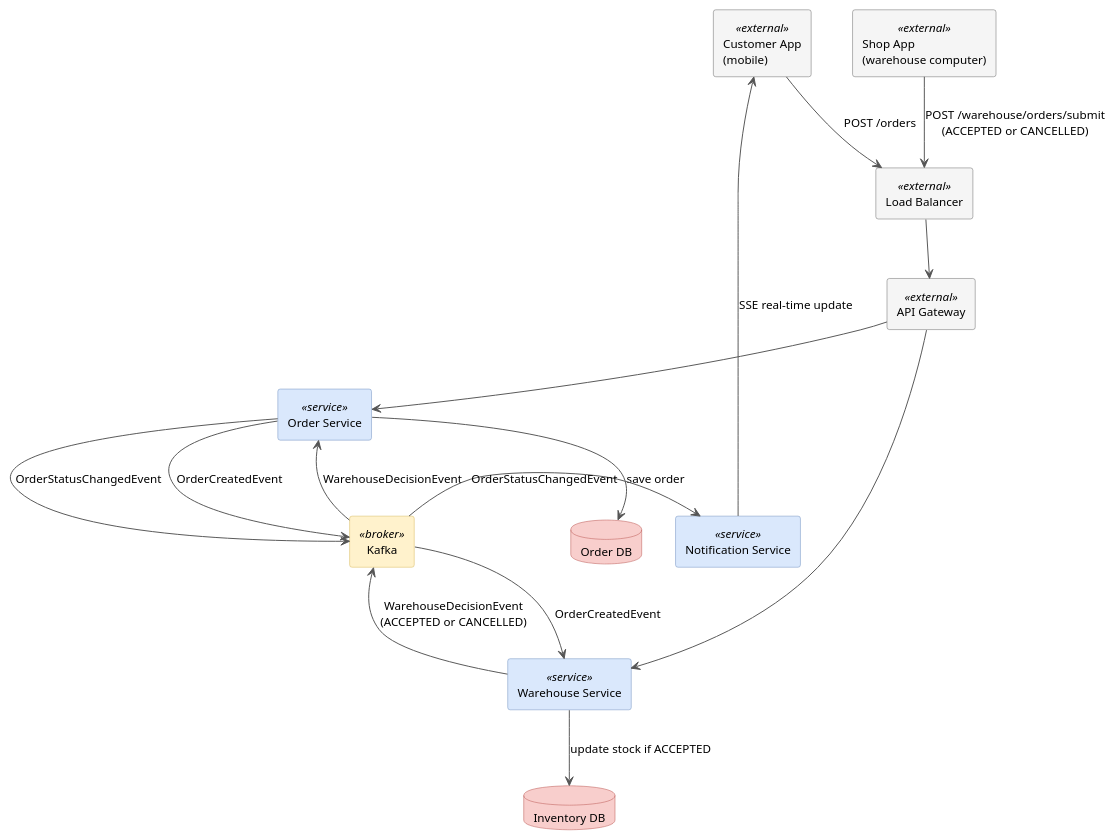
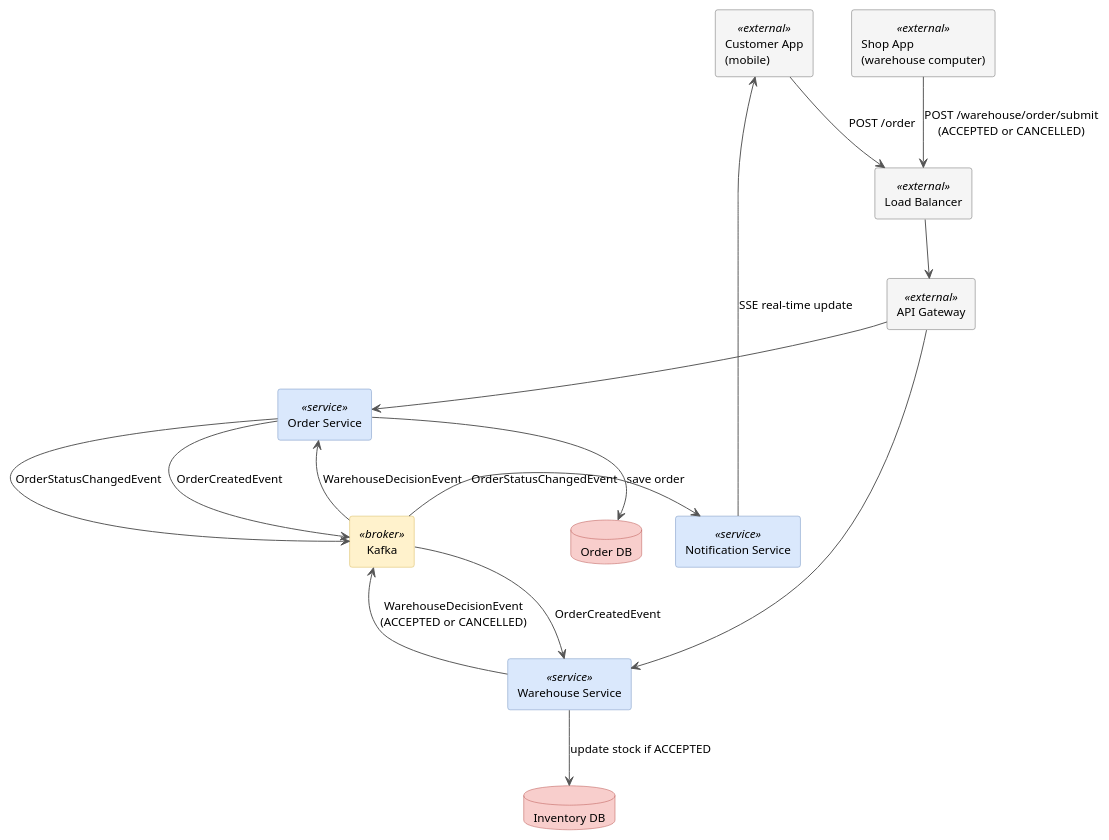
One commit to hristiina/order-state-machine changed the diagram in README.md. Above: the diagram before and after it, drawn with PlantUML. The commit also changed other lines of this file and 4 other files, not shown here.

````diff
--- a/README.md
+++ b/README.md
@@ -12,50 +12,50 @@
 ```plantuml
 @startuml order_system_design
 skinparam backgroundColor #FFFFFF
 skinparam componentStyle rectangle
 skinparam ArrowColor #555555
 skinparam defaultFontSize 12
 
 skinparam component {
   BackgroundColor<<service>> #DAE8FC
   BorderColor<<service>> #6C8EBF
   BackgroundColor<<broker>> #FFF2CC
   BorderColor<<broker>> #D6B656
   BackgroundColor<<external>> #F5F5F5
   BorderColor<<external>> #666666
 }
 skinparam database {
   BackgroundColor #F8CECC
   BorderColor #B85450
 }
 
 component "Customer App\n(mobile)" as client <<external>>
 component "Shop App\n(warehouse computer)" as shopApp <<external>>
 component "Load Balancer" as lb <<external>>
 component "API Gateway" as gateway <<external>>
 component "Order Service" as orderService <<service>>
 component "Warehouse Service" as warehouseService <<service>>
 component "Notification Service" as notificationService <<service>>
 component "Kafka" as kafka <<broker>>
 database "Order DB" as orderDb
 database "Inventory DB" as inventoryDb
 
-client -down-> lb : POST /orders
+client -down-> lb : POST /order
 lb -down-> gateway
 gateway -down-> orderService
 orderService -down-> orderDb : save order
 
-shopApp -down-> lb : POST /warehouse/orders/submit\n(ACCEPTED or CANCELLED)
+shopApp -down-> lb : POST /warehouse/order/submit\n(ACCEPTED or CANCELLED)
 gateway -down-> warehouseService
 warehouseService -down-> inventoryDb : update stock if ACCEPTED
 
 orderService -right-> kafka : OrderCreatedEvent
 kafka -down-> warehouseService : OrderCreatedEvent
 warehouseService -right-> kafka : WarehouseDecisionEvent\n(ACCEPTED or CANCELLED)
 kafka -up-> orderService : WarehouseDecisionEvent
 orderService -down-> kafka : OrderStatusChangedEvent
 kafka -right-> notificationService : OrderStatusChangedEvent
 
 notificationService -up-> client : SSE real-time update
 @enduml
 ```
````
